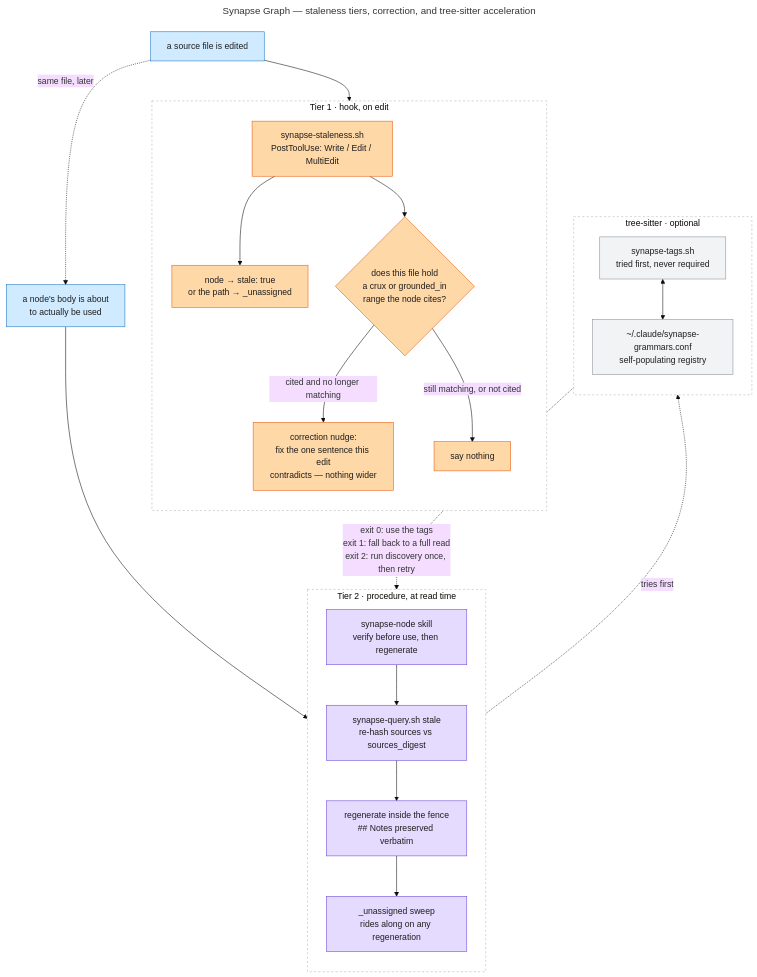
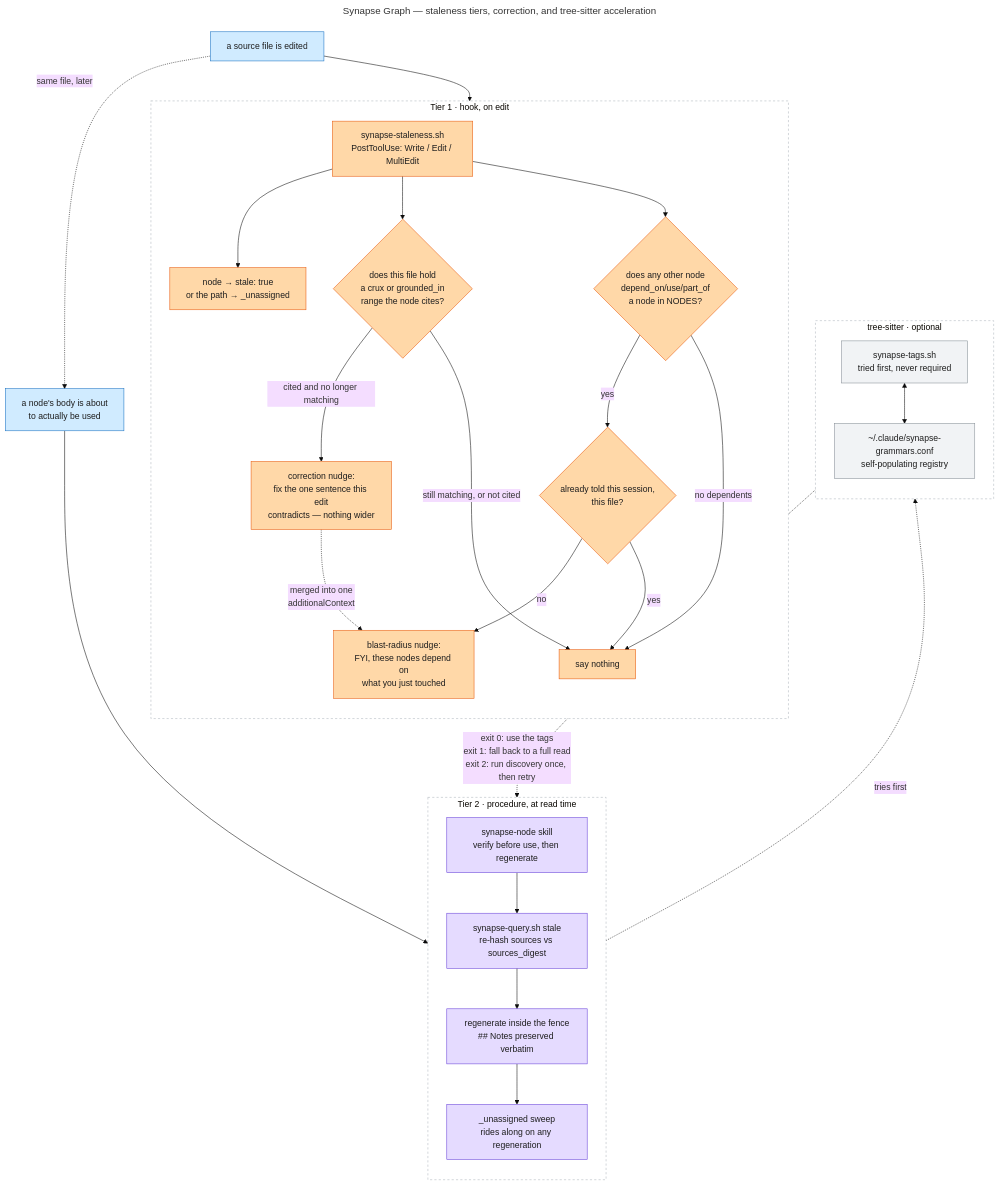
The diagram in docs/diagrams/synapse-graph-tiers.mmd (imunitic/second-brain-setup), drawn with Mermaid (base theme) before and after one commit. The commit also changed 8 other files, not shown here.

First line of the commit message:
Add synapse-query skill and widen the staleness hook into a blast-radius nudge

```diff
--- a/docs/diagrams/synapse-graph-tiers.mmd
+++ b/docs/diagrams/synapse-graph-tiers.mmd
@@ -1,56 +1,65 @@
 ---
 title: Synapse Graph — staleness tiers, correction, and tree-sitter acceleration
 ---
 flowchart TB
     classDef trigger fill:#d0ebff,stroke:#1971c2,color:#1e1e1e
     classDef hook fill:#ffd8a8,stroke:#e8590c,color:#1e1e1e
     classDef skill fill:#e5dbff,stroke:#6741d9,color:#1e1e1e
     classDef artifact fill:#d3f9d8,stroke:#2f9e44,color:#1e1e1e
     classDef optional fill:#f1f3f5,stroke:#868e96,color:#1e1e1e
 
     EDIT["a source file is edited"]
     READ["a node's body is about<br/>to actually be used"]
 
     subgraph T1["Tier 1 · hook, on edit"]
         direction TB
         H["synapse-staleness.sh<br/>PostToolUse: Write / Edit / MultiEdit"]
         FLAG["node → stale: true<br/>or the path → _unassigned"]
         CITED{"does this file hold<br/>a crux or grounded_in<br/>range the node cites?"}
         NUDGE["correction nudge:<br/>fix the one sentence this edit<br/>contradicts — nothing wider"]
+        DEPS{"does any other node<br/>depend_on/use/part_of<br/>a node in NODES?"}
+        SEEN{"already told this session,<br/>this file?"}
+        BLAST["blast-radius nudge:<br/>FYI, these nodes depend on<br/>what you just touched"]
         H --> FLAG
         H --> CITED
+        H --> DEPS
         CITED -->|"cited and no longer matching"| NUDGE
         CITED -->|"still matching, or not cited"| SILENT["say nothing"]
+        DEPS -->|"yes"| SEEN
+        DEPS -->|"no dependents"| SILENT
+        SEEN -->|"no"| BLAST
+        SEEN -->|"yes"| SILENT
+        NUDGE -.->|"merged into one<br/>additionalContext"| BLAST
     end
 
     subgraph T2["Tier 2 · procedure, at read time"]
         direction TB
         SK["synapse-node skill<br/>verify before use, then regenerate"]
         VERIFY["synapse-query.sh stale<br/>re-hash sources vs sources_digest"]
         REGEN["regenerate inside the fence<br/>## Notes preserved verbatim"]
         SWEEP["_unassigned sweep<br/>rides along on any regeneration"]
         SK --> VERIFY --> REGEN
         REGEN --> SWEEP
     end
 
     subgraph TS["tree-sitter · optional"]
         direction TB
         TAGS["synapse-tags.sh<br/>tried first, never required"]
         REG["~/.claude/synapse-grammars.conf<br/>self-populating registry"]
         TAGS <--> REG
     end
 
     EDIT --> H
     EDIT -.->|"same file, later"| READ
     READ --> SK
     REGEN -.->|"tries first"| TAGS
     TAGS -.->|"exit 0: use the tags<br/>exit 1: fall back to a full read<br/>exit 2: run discovery once, then retry"| REGEN
 
     class EDIT,READ trigger
-    class H,FLAG,CITED,NUDGE,SILENT hook
+    class H,FLAG,CITED,NUDGE,SILENT,DEPS,SEEN,BLAST hook
     class SK,VERIFY,REGEN,SWEEP skill
     class TAGS,REG optional
 
     style T1 fill:#ffffff,stroke:#adb5bd,stroke-dasharray:4 4
     style T2 fill:#ffffff,stroke:#adb5bd,stroke-dasharray:4 4
     style TS fill:#ffffff,stroke:#adb5bd,stroke-dasharray:4 4
```
